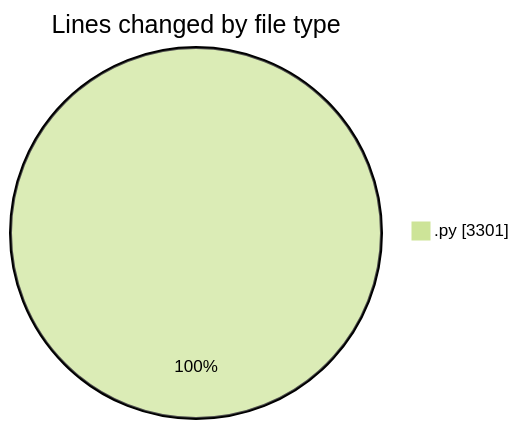
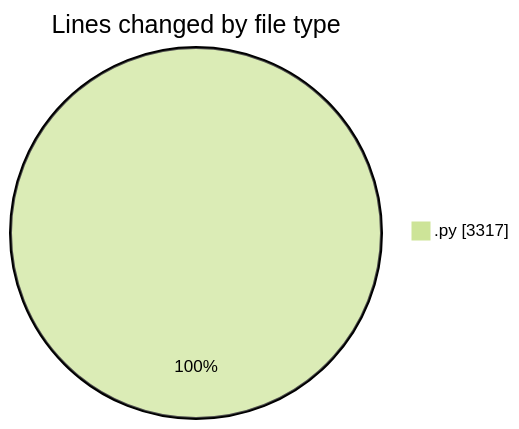
One commit to julien-gomy/code-tracking changed the first of 2 diagrams in 2025-11-19/eventscop-api-guide__workspace_/README.md. Above: the diagram before and after it, drawn with Mermaid (forest theme). The commit also changed other lines of this file and 1 other file, not shown here.

````diff
--- a/2025-11-19/eventscop-api-guide__workspace_/README.md
+++ b/2025-11-19/eventscop-api-guide__workspace_/README.md
@@ -25,5 +25,5 @@
 ```mermaid
 pie showData
 title Lines changed by file type
-".py" : 3301
+".py" : 3317
 ```
````
